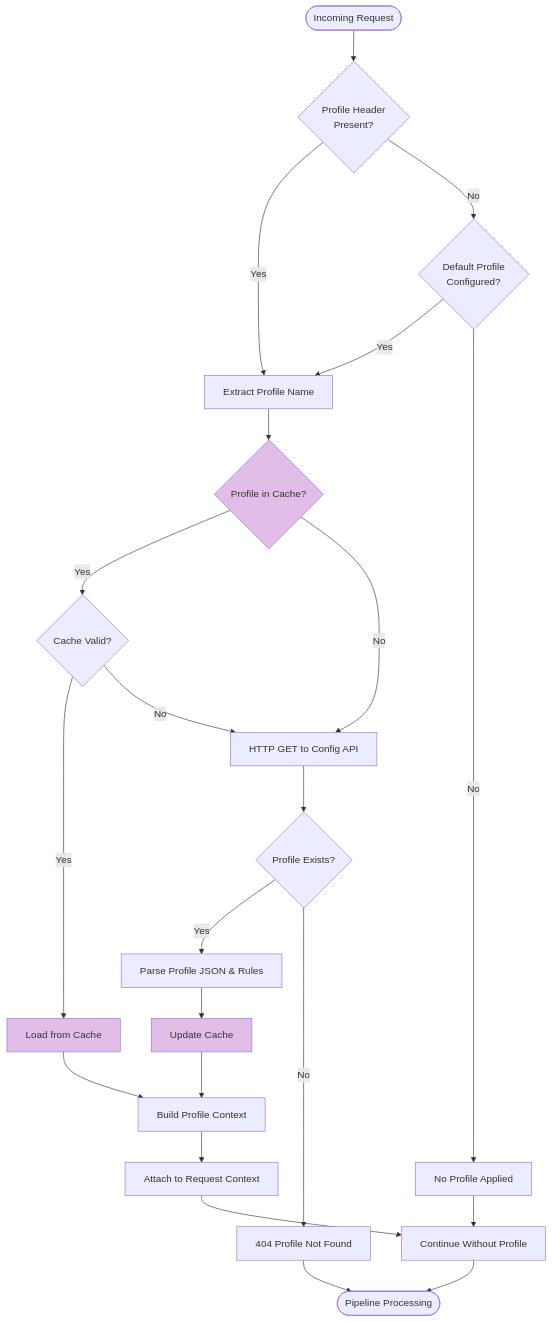
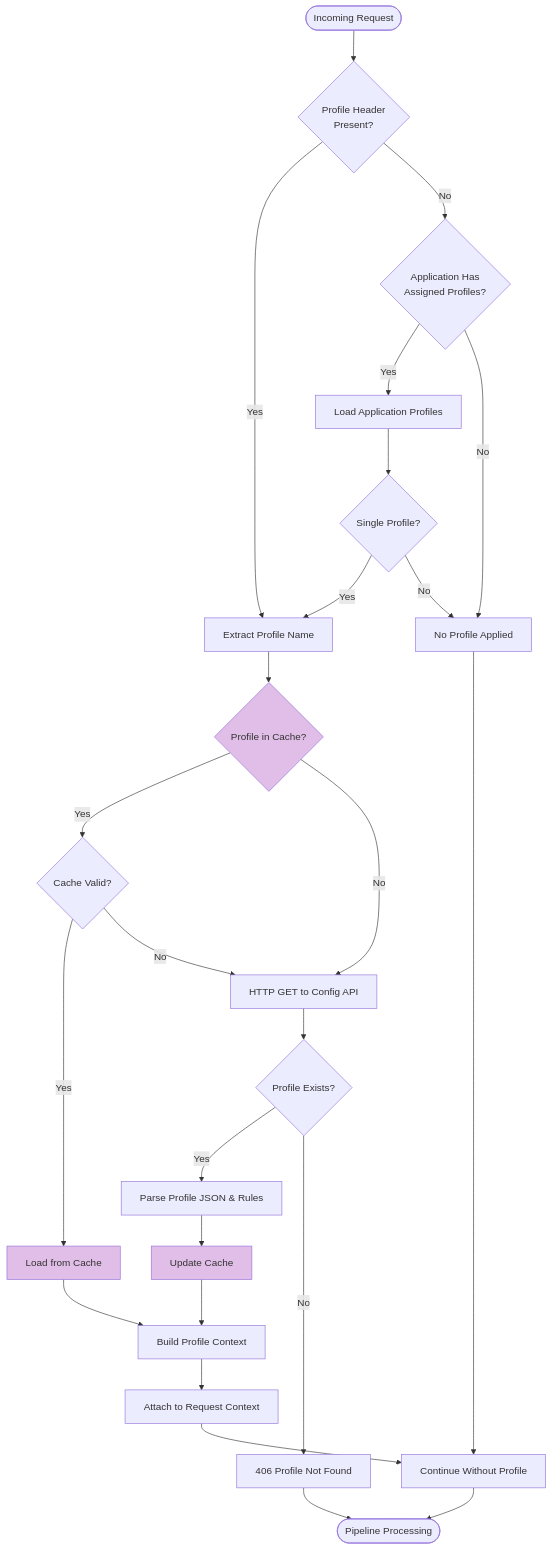
Before and after one commit to Ed-Fi-Alliance-OSS/Data-Management-Service: the fourth of 5 diagrams in docs/Profiles/API-PROFILES-DESIGN.md, drawn with Mermaid. The commit also changed other lines of this file, not shown here.

First line of the commit message:
Update API-PROFILES-DESIGN.md

````diff
--- a/docs/Profiles/API-PROFILES-DESIGN.md
+++ b/docs/Profiles/API-PROFILES-DESIGN.md
@@ -532,35 +528,40 @@
 ```mermaid
 flowchart TD
     Start([Incoming Request]) --> CheckHeader{Profile Header<br/>Present?}
     CheckHeader -->|Yes| ExtractName[Extract Profile Name]
-    CheckHeader -->|No| UseDefault{Default Profile<br/>Configured?}
+    CheckHeader -->|No| CheckApp{Application Has<br/>Assigned Profiles?}
+    
+    CheckApp -->|Yes| LoadApp[Load Application Profiles]
+    CheckApp -->|No| NoProfile[No Profile Applied]
+    
+    LoadApp --> SingleProfile{Single Profile?}
+    SingleProfile -->|Yes| ExtractName
+    SingleProfile -->|No| NoProfile
     
     ExtractName --> LookupCache{Profile in Cache?}
-    UseDefault -->|Yes| ExtractName
-    UseDefault -->|No| NoProfile[No Profile Applied]
     
     LookupCache -->|Yes| ValidateCache{Cache Valid?}
     LookupCache -->|No| CallConfigAPI[HTTP GET to Config API]
     
     ValidateCache -->|Yes| LoadFromCache[Load from Cache]
     ValidateCache -->|No| CallConfigAPI
     
     CallConfigAPI --> ProfileExists{Profile Exists?}
     ProfileExists -->|Yes| LoadProfile[Parse Profile JSON & Rules]
-    ProfileExists -->|No| Error404[404 Profile Not Found]
+    ProfileExists -->|No| Error406[406 Profile Not Found]
     
     LoadProfile --> UpdateCache[Update Cache]
     UpdateCache --> BuildContext[Build Profile Context]
     LoadFromCache --> BuildContext
     
     BuildContext --> AttachToPipeline[Attach to Request Context]
     NoProfile --> Continue[Continue Without Profile]
     AttachToPipeline --> Continue
     Continue --> End([Pipeline Processing])
     
-    Error404 --> End
+    Error406 --> End
     
     style LookupCache fill:#e1bee7
     style UpdateCache fill:#e1bee7
     style LoadFromCache fill:#e1bee7
 ```
````
